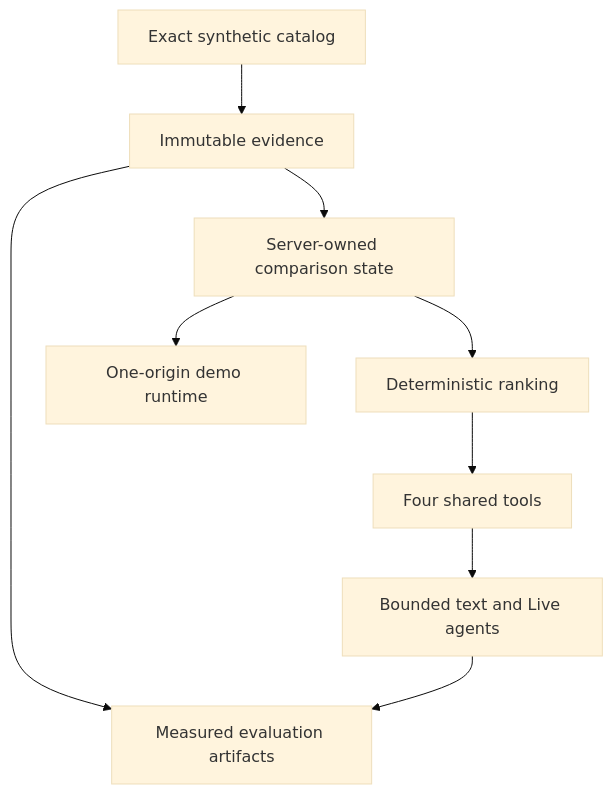
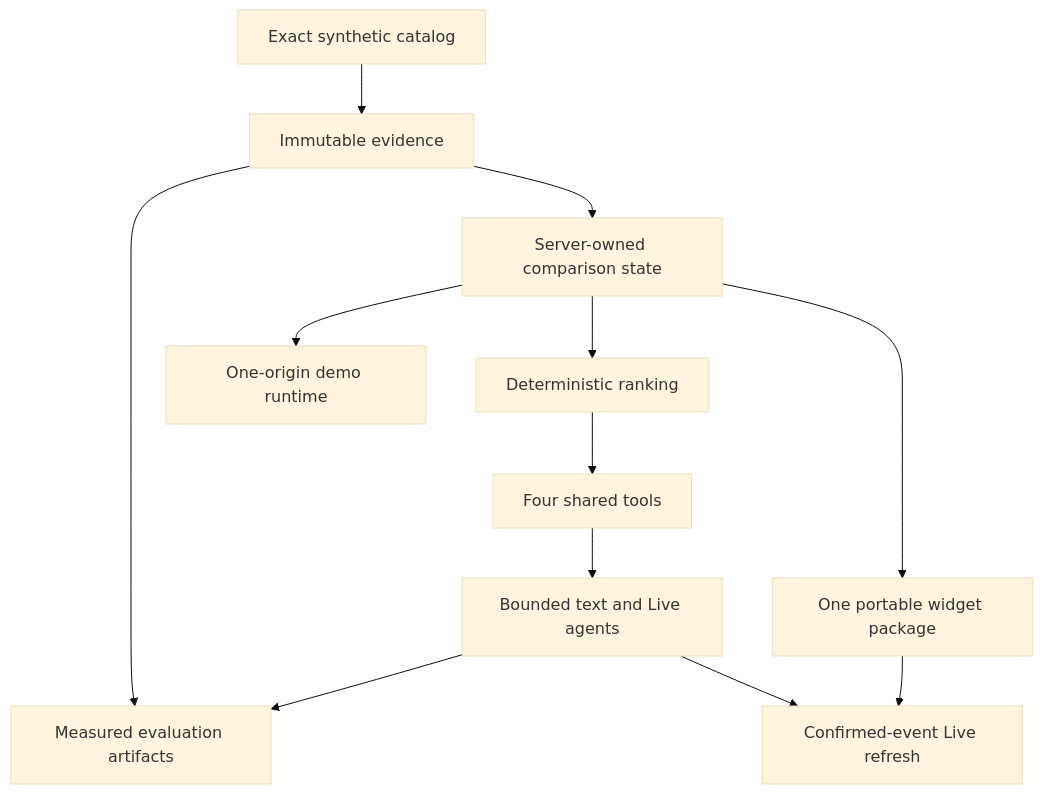
One commit to jaxwong/decodex changed the diagram in docs/decisions.md. Above: the diagram before and after it, drawn with Mermaid (base theme). The commit also changed other lines of this file and 12 other files, not shown here.

````diff
--- a/docs/decisions.md
+++ b/docs/decisions.md
@@ -9,20 +9,25 @@
 ```mermaid
 flowchart TD
     D1[Exact synthetic catalog]
     D2[Immutable evidence]
     D3[Server-owned comparison state]
     D4[Deterministic ranking]
     D5[Four shared tools]
     D6[Bounded text and Live agents]
     D7[One-origin demo runtime]
     D8[Measured evaluation artifacts]
+    D9[One portable widget package]
+    D10[Confirmed-event Live refresh]
 
     D1 --> D2
     D2 --> D3
     D3 --> D4
     D4 --> D5
     D5 --> D6
     D3 --> D7
     D2 --> D8
     D6 --> D8
+    D3 --> D9
+    D6 --> D10
+    D9 --> D10
 ```
````
